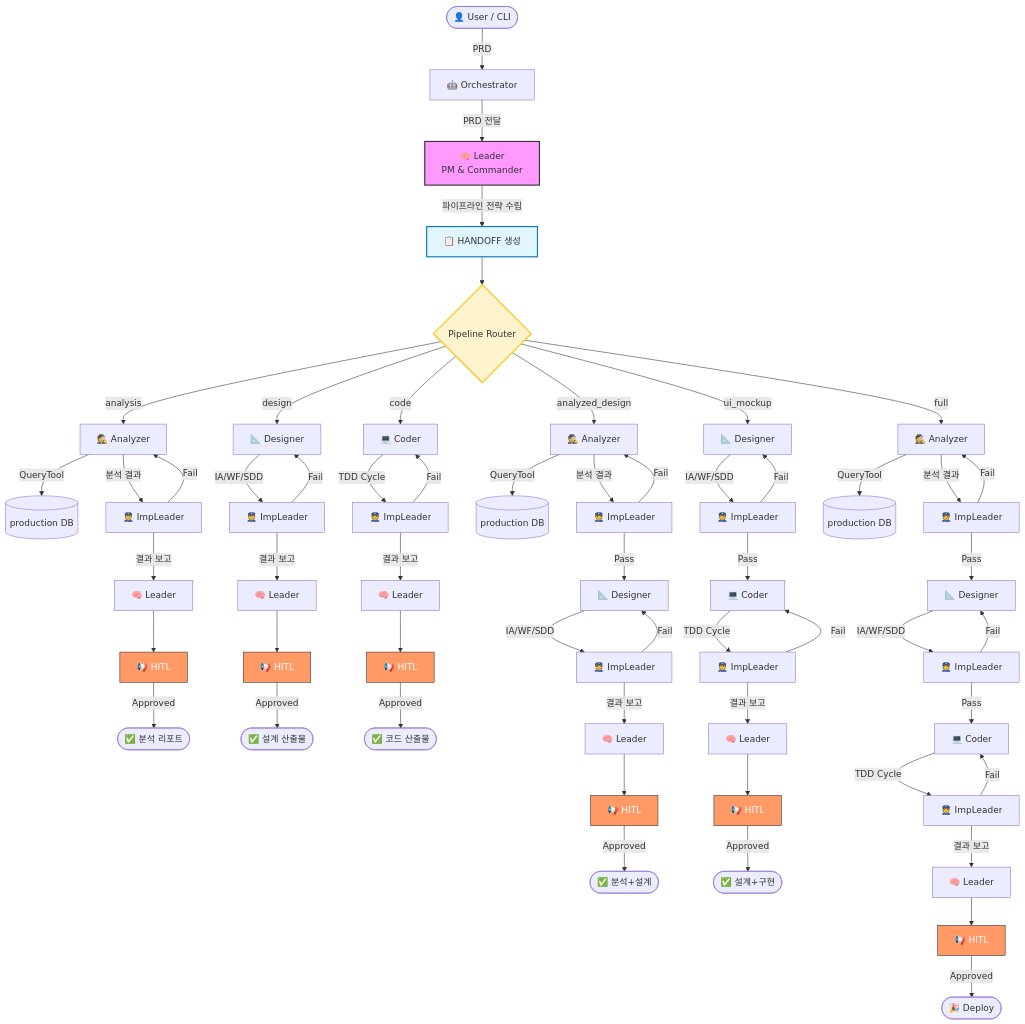
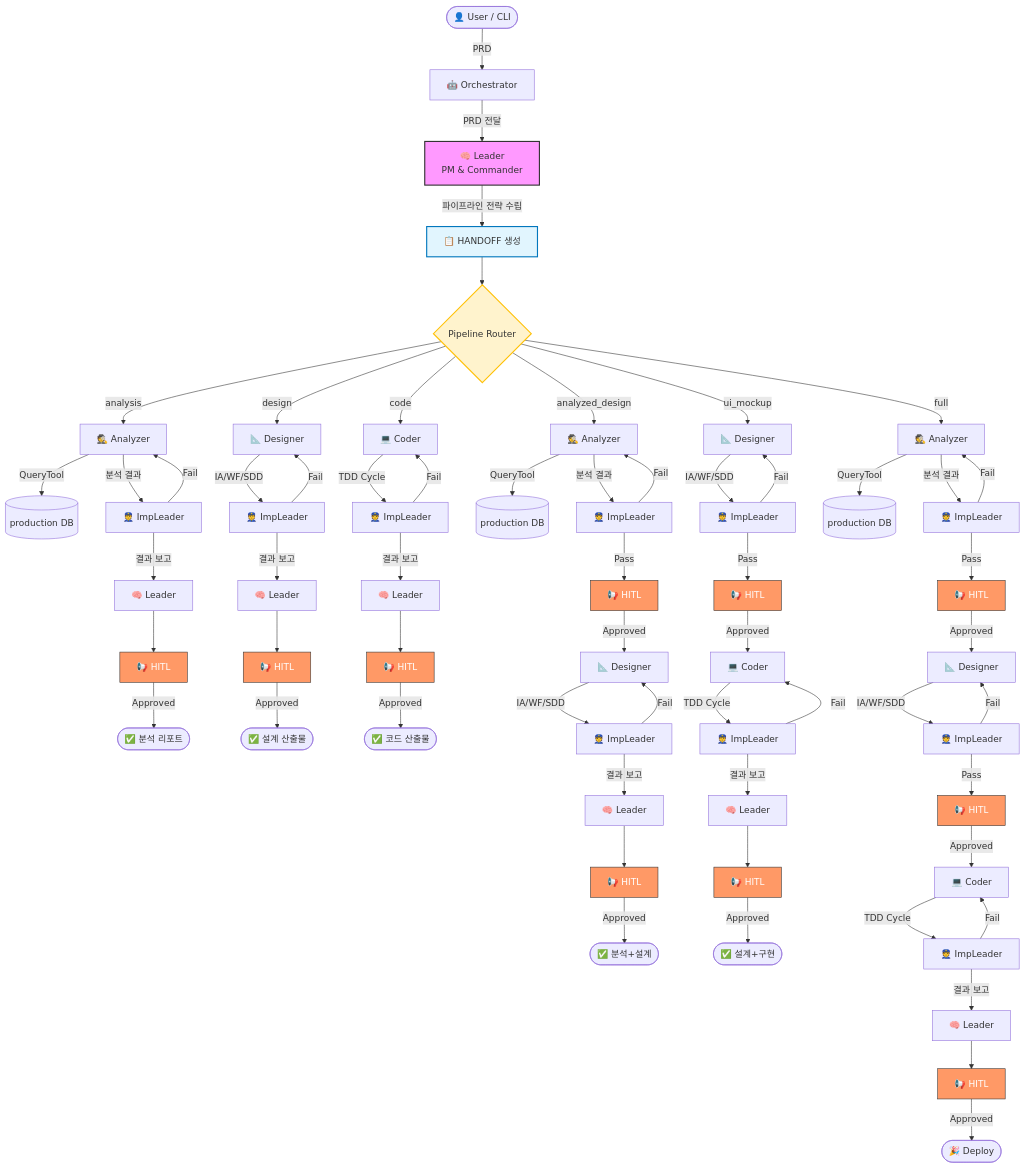
One commit to Jelly1104/orchestrator changed the sixth of 7 diagrams in ATO-System-B/.claude/README.md. Above: the diagram before and after it, drawn with Mermaid. The commit also changed other lines of this file and 266 other files, not shown here.

````diff
--- a/ATO-System-B/.claude/README.md
+++ b/ATO-System-B/.claude/README.md
@@ -779,8 +793,9 @@
     %% ═══════════════════════════════════════
     ANA_AB -->|QueryTool| DB2[(production DB)]
     ANA_AB -->|분석 결과| IMP_A2[👮 ImpLeader]
-    IMP_A2 -- Pass --> DSG_AB[📐 Designer]
     IMP_A2 -- Fail --> ANA_AB
+    IMP_A2 -- Pass --> HITL_A_AB[📢 HITL]
+    HITL_A_AB -->|Approved| DSG_AB[📐 Designer]
     DSG_AB -->|IA/WF/SDD| IMP_B2[👮 ImpLeader]
     IMP_B2 -- Fail --> DSG_AB
     IMP_B2 -- 결과 보고 --> Leader_AB[🧠 Leader]
@@ -791,11 +806,12 @@
     %% ui_mockup (B → C)
     %% ═══════════════════════════════════════
     DSG_BC -->|IA/WF/SDD| IMP_B3[👮 ImpLeader]
-    IMP_B3 -- Pass --> CODE_BC[💻 Coder]
     IMP_B3 -- Fail --> DSG_BC
+    IMP_B3 -- Pass --> HITL_B_BC[📢 HITL]
+    HITL_B_BC -->|Approved| CODE_BC[💻 Coder]
     CODE_BC -->|TDD Cycle| IMP_C3[👮 ImpLeader]
+    IMP_C3 -- Fail --> CODE_BC
     IMP_C3 -- 결과 보고 --> Leader_BC[🧠 Leader]
-    IMP_C3 -- Fail --> CODE_BC
     Leader_BC --> HITL_BC[📢 HITL]
     HITL_BC -->|Approved| End_BC([✅ 설계+구현])
 
@@ -804,14 +820,16 @@
     %% ═══════════════════════════════════════
     ANA_Full -->|QueryTool| DB3[(production DB)]
     ANA_Full -->|분석 결과|IMP_A3[👮 ImpLeader]
-    IMP_A3 -- Pass --> DSG_Full[📐 Designer]
     IMP_A3 -- Fail --> ANA_Full
+    IMP_A3 -- Pass --> HITL_A_Full[📢 HITL]
+    HITL_A_Full -->|Approved| DSG_Full[📐 Designer]
     DSG_Full -->|IA/WF/SDD| IMP_B4[👮 ImpLeader]
-    IMP_B4 -- Pass --> CODE_Full[💻 Coder]
     IMP_B4 -- Fail --> DSG_Full
+    IMP_B4 -- Pass --> HITL_B_Full[📢 HITL]
+    HITL_B_Full -->|Approved| CODE_Full[💻 Coder]
     CODE_Full -->|TDD Cycle| IMP_C4[👮 ImpLeader]
+    IMP_C4 -- Fail --> CODE_Full
     IMP_C4 -- 결과 보고 --> Leader_Full[🧠 Leader]
-    IMP_C4 -- Fail --> CODE_Full
     Leader_Full --> HITL_Full[📢 HITL]
     HITL_Full -->|Approved| End_Full([🎉 Deploy])
 
@@ -824,7 +842,11 @@
     style HITL_A fill:#f96,stroke:#333,color:white
     style HITL_B fill:#f96,stroke:#333,color:white
     style HITL_C fill:#f96,stroke:#333,color:white
+    style HITL_A_AB fill:#f96,stroke:#333,color:white
     style HITL_AB fill:#f96,stroke:#333,color:white
+    style HITL_B_BC fill:#f96,stroke:#333,color:white
     style HITL_BC fill:#f96,stroke:#333,color:white
+    style HITL_A_Full fill:#f96,stroke:#333,color:white
+    style HITL_B_Full fill:#f96,stroke:#333,color:white
     style HITL_Full fill:#f96,stroke:#333,color:white
 ```
````
